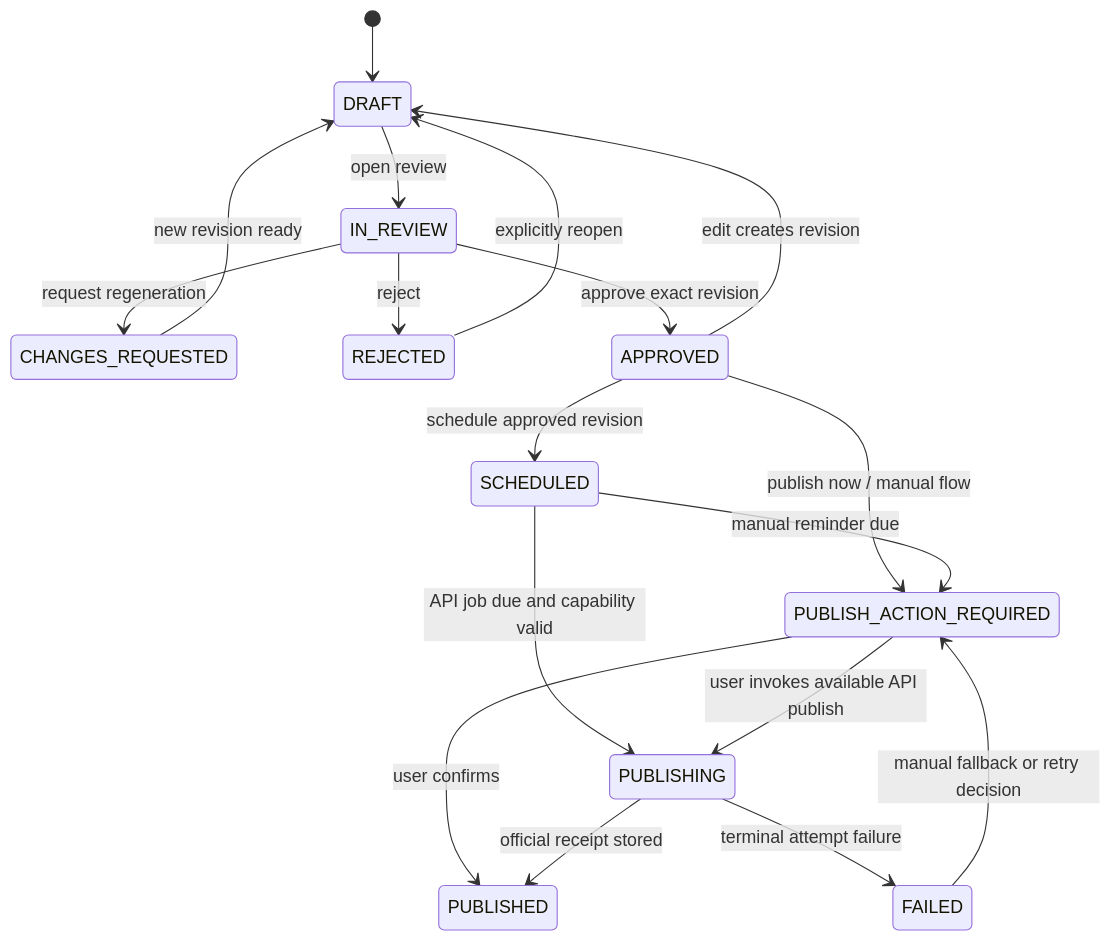
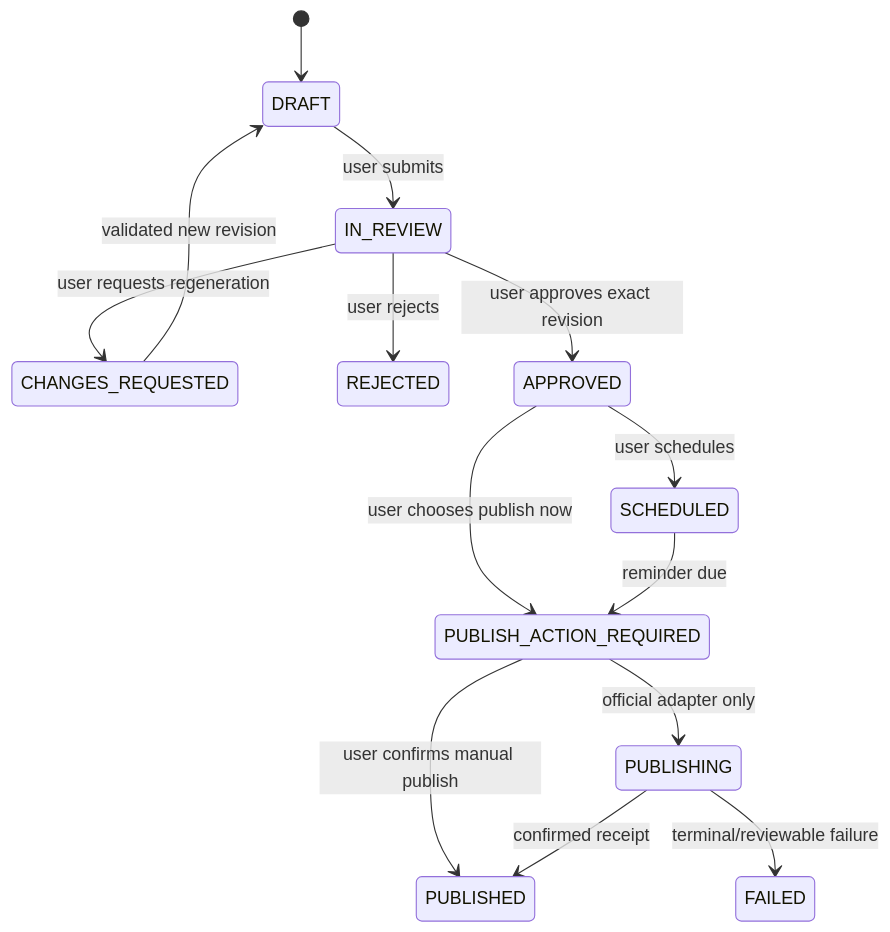
The second of 2 diagrams in architecture.md (Rishabh2561/Liproser), drawn with Mermaid before and after one commit. The commit also changed other lines of this file and 9 other files, not shown here.

````diff
--- a/architecture.md
+++ b/architecture.md
@@ -137,20 +96,16 @@
 ```mermaid
 stateDiagram-v2
     [*] --> DRAFT
-    DRAFT --> IN_REVIEW: open review
-    IN_REVIEW --> CHANGES_REQUESTED: request regeneration
-    IN_REVIEW --> REJECTED: reject
-    IN_REVIEW --> APPROVED: approve exact revision
-    CHANGES_REQUESTED --> DRAFT: new revision ready
-    REJECTED --> DRAFT: explicitly reopen
-    APPROVED --> DRAFT: edit creates revision
-    APPROVED --> SCHEDULED: schedule approved revision
-    APPROVED --> PUBLISH_ACTION_REQUIRED: publish now / manual flow
-    SCHEDULED --> PUBLISH_ACTION_REQUIRED: manual reminder due
-    SCHEDULED --> PUBLISHING: API job due and capability valid
-    PUBLISH_ACTION_REQUIRED --> PUBLISHED: user confirms
-    PUBLISH_ACTION_REQUIRED --> PUBLISHING: user invokes available API publish
-    PUBLISHING --> PUBLISHED: official receipt stored
-    PUBLISHING --> FAILED: terminal attempt failure
-    FAILED --> PUBLISH_ACTION_REQUIRED: manual fallback or retry decision
+    DRAFT --> IN_REVIEW: user submits
+    IN_REVIEW --> CHANGES_REQUESTED: user requests regeneration
+    IN_REVIEW --> REJECTED: user rejects
+    IN_REVIEW --> APPROVED: user approves exact revision
+    CHANGES_REQUESTED --> DRAFT: validated new revision
+    APPROVED --> SCHEDULED: user schedules
+    APPROVED --> PUBLISH_ACTION_REQUIRED: user chooses publish now
+    SCHEDULED --> PUBLISH_ACTION_REQUIRED: reminder due
+    PUBLISH_ACTION_REQUIRED --> PUBLISHING: official adapter only
+    PUBLISH_ACTION_REQUIRED --> PUBLISHED: user confirms manual publish
+    PUBLISHING --> PUBLISHED: confirmed receipt
+    PUBLISHING --> FAILED: terminal/reviewable failure
 ```
````
